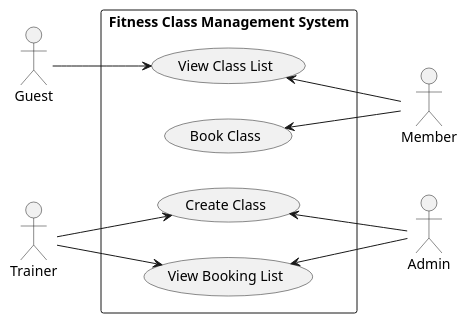
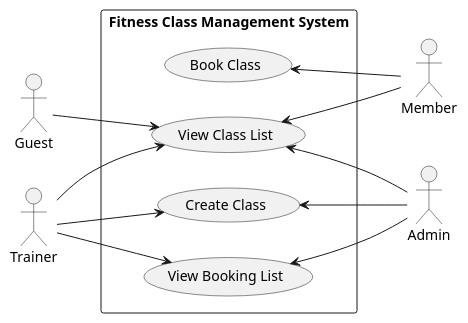
The diagram in reports/uml/Main-uml-diagram.plantuml (cs-uh-2012-spring26/cs-uh-2012-software-engineering-group_b), drawn with PlantUML before and after one commit. The commit also changed 2 other files, not shown here.

```diff
--- a/reports/uml/Main-uml-diagram.plantuml
+++ b/reports/uml/Main-uml-diagram.plantuml
@@ -1,31 +1,32 @@
 @startuml
 left to right direction
 
 actor Guest
 actor Trainer
 
 rectangle "Fitness Class Management System" {
 
   usecase "View Class List" as UC1
   usecase "Book Class" as UC2
   usecase "Create Class" as UC3
   usecase "View Booking List" as UC4
 }
 
 actor Member
 actor Admin
 
 ' Left side actors
 Guest --> UC1
-
+Trainer --> UC1
 Trainer --> UC3
 Trainer --> UC4
 
 ' Right side actors (reverse arrow)
 UC1 <-- Member
 UC2 <-- Member
 
+UC1 <-- Admin
 UC3 <-- Admin
 UC4 <-- Admin
 
 @enduml
```
